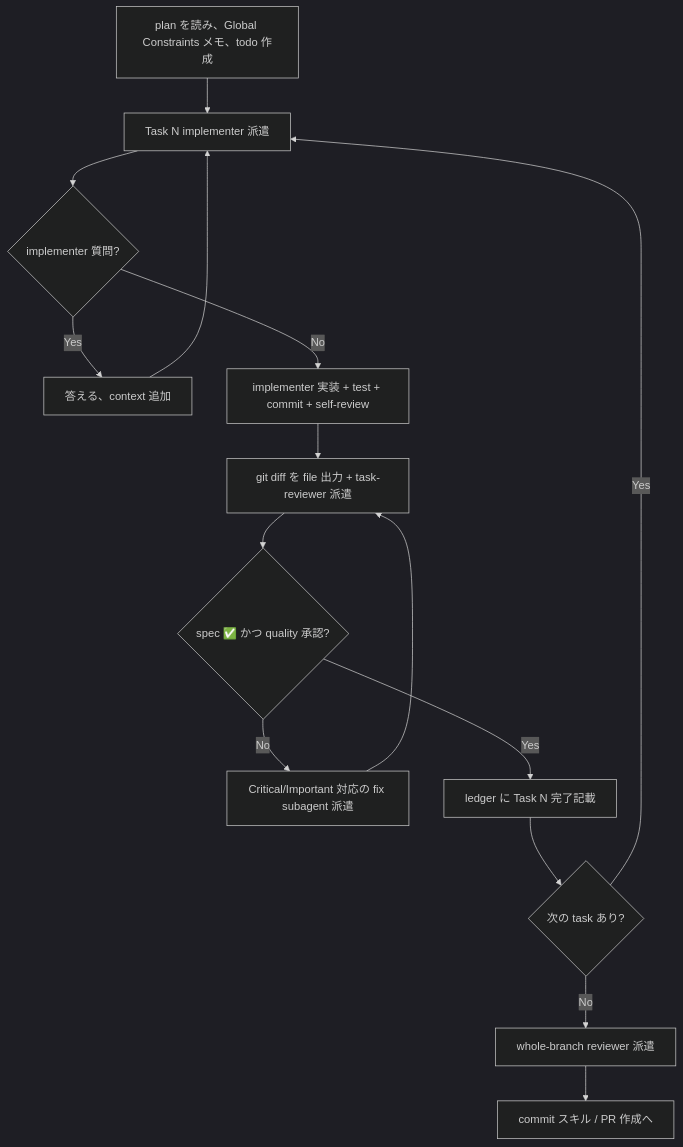
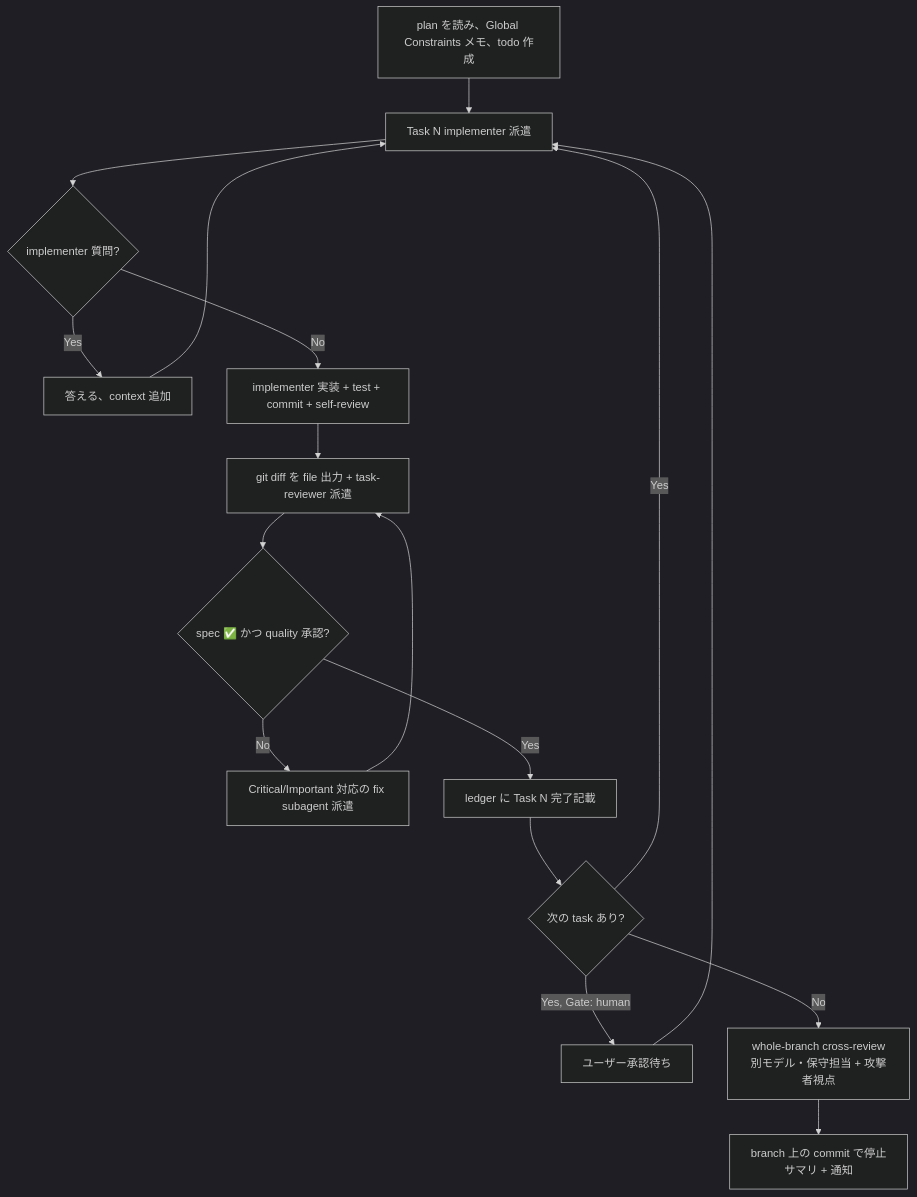
Before and after one commit to trapple/skills: the second of 2 diagrams in subagent-driven-development/SKILL.md, drawn with Mermaid (dark theme). The commit also changed other lines of this file and 8 other files, not shown here.

First line of the commit message:
feat(cross-review): 新規開発の人間承認ゲートを別モデルレビューに置き換え自律完走できるようにする

````diff
--- a/subagent-driven-development/SKILL.md
+++ b/subagent-driven-development/SKILL.md
@@ -40,15 +42,16 @@
 ```mermaid
 flowchart TD
     S[plan を読み、Global Constraints メモ、todo 作成] --> T1[Task N implementer 派遣]
     T1 --> Q{implementer 質問?}
     Q -->|Yes| A[答える、context 追加] --> T1
     Q -->|No| I[implementer 実装 + test + commit + self-review]
     I --> D[git diff を file 出力 + task-reviewer 派遣]
     D --> R{spec ✅ かつ quality 承認?}
     R -->|No| FIX[Critical/Important 対応の fix subagent 派遣] --> D
     R -->|Yes| L[ledger に Task N 完了記載]
     L --> M{次の task あり?}
     M -->|Yes| T1
-    M -->|No| FR[whole-branch reviewer 派遣]
-    FR --> FIN[commit スキル / PR 作成へ]
+    M -->|Yes, Gate: human| G[ユーザー承認待ち] --> T1
+    M -->|No| FR[whole-branch cross-review<br/>別モデル・保守担当 + 攻撃者視点]
+    FR --> FIN[branch 上の commit で停止<br/>サマリ + 通知]
 ```
````
